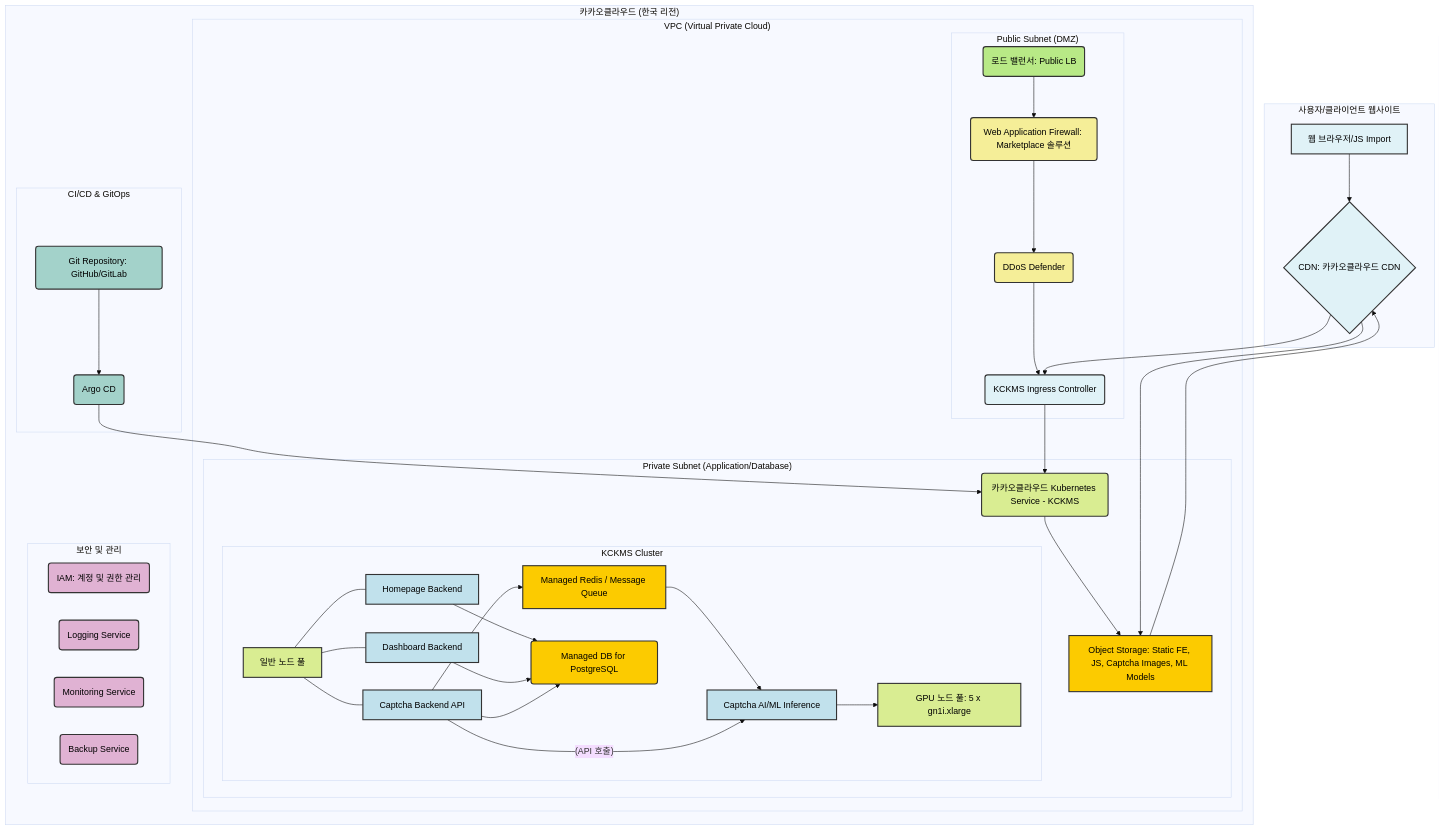
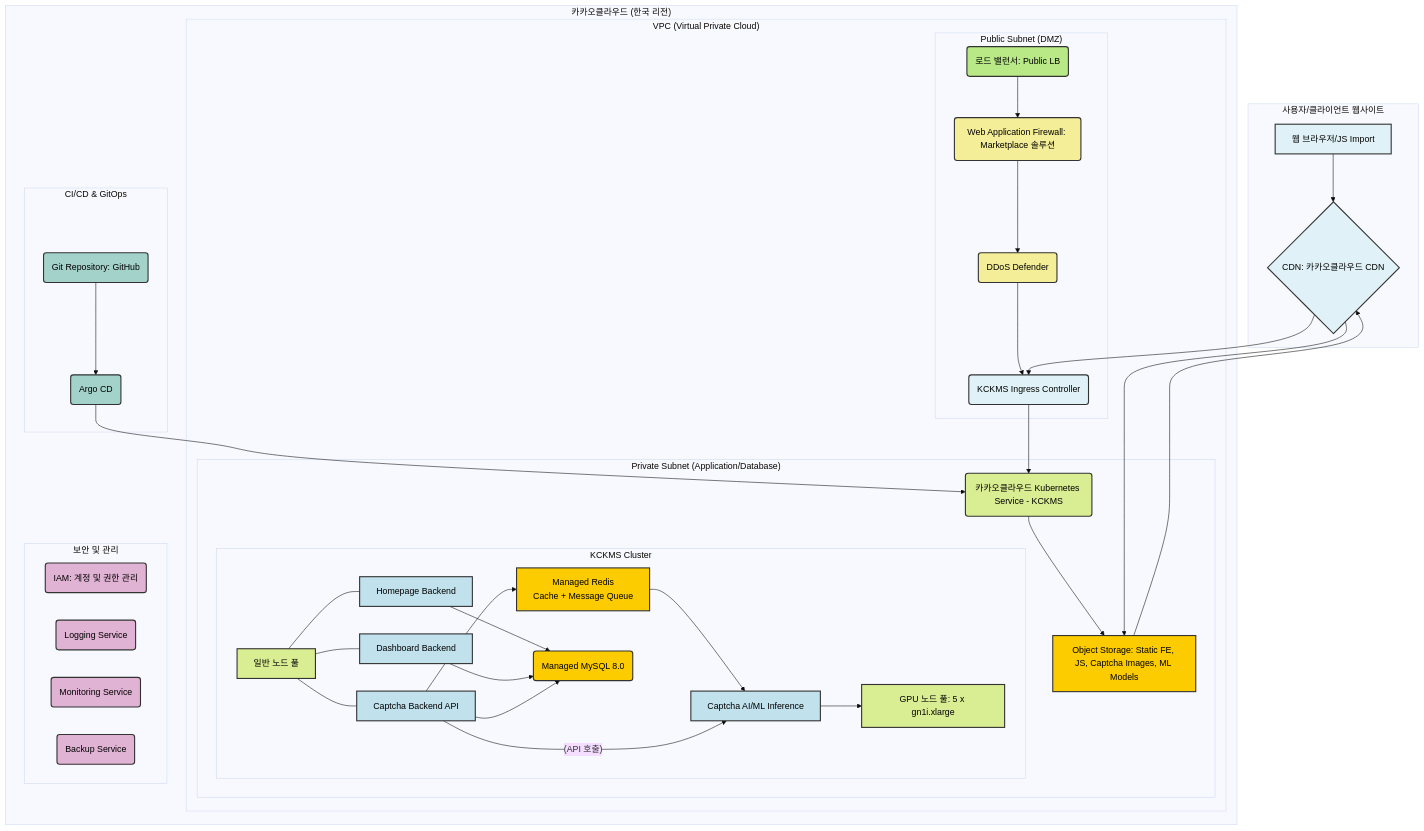
One commit to Find-Your-Humanity/.github changed the diagram in profile/README.md. Above: the diagram before and after it, drawn with Mermaid (base theme). The commit also changed other lines of this file, not shown here.

```diff
--- a/profile/README.md
+++ b/profile/README.md
@@ -411,7 +404,7 @@
                     NP_GENERAL --- DASHBOARD_BE
                     NP_GENERAL --- CAPTCHA_BE_API
 
-                    CAPTCHA_BE_API --> REDIS_CACHE[Managed Redis / Message Queue]
+                    CAPTCHA_BE_API --> REDIS_CACHE[Managed Redis<br/>Cache + Message Queue]
 
                     REDIS_CACHE --> CAPTCHA_AI
                     CAPTCHA_AI --> NP_GPU
@@ -422,7 +415,7 @@
                     DASHBOARD_BE --> ManagedDB
                     CAPTCHA_BE_API --> ManagedDB
 
-                    ManagedDB(Managed DB for PostgreSQL)
+                    ManagedDB(Managed MySQL 8.0)
                 end
 
                 KCKMS --> OBJECT_STORAGE(Object Storage)
@@ -437,7 +430,7 @@
         end
 
         subgraph "CI/CD & GitOps"
-            GIT(Git Repository: GitHub/GitLab) --> ARGO_CD(Argo CD)
+            GIT(Git Repository: GitHub) --> ARGO_CD(Argo CD)
             ARGO_CD --> KCKMS
         end
     end
```
